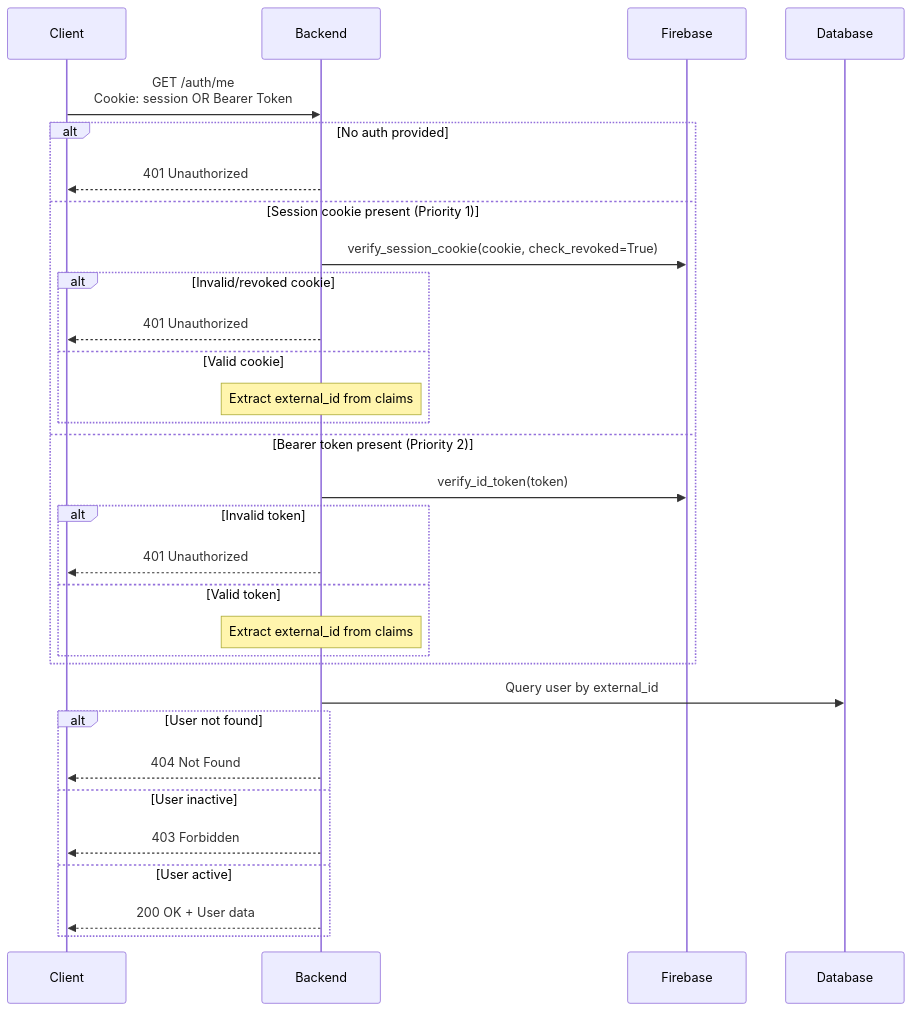
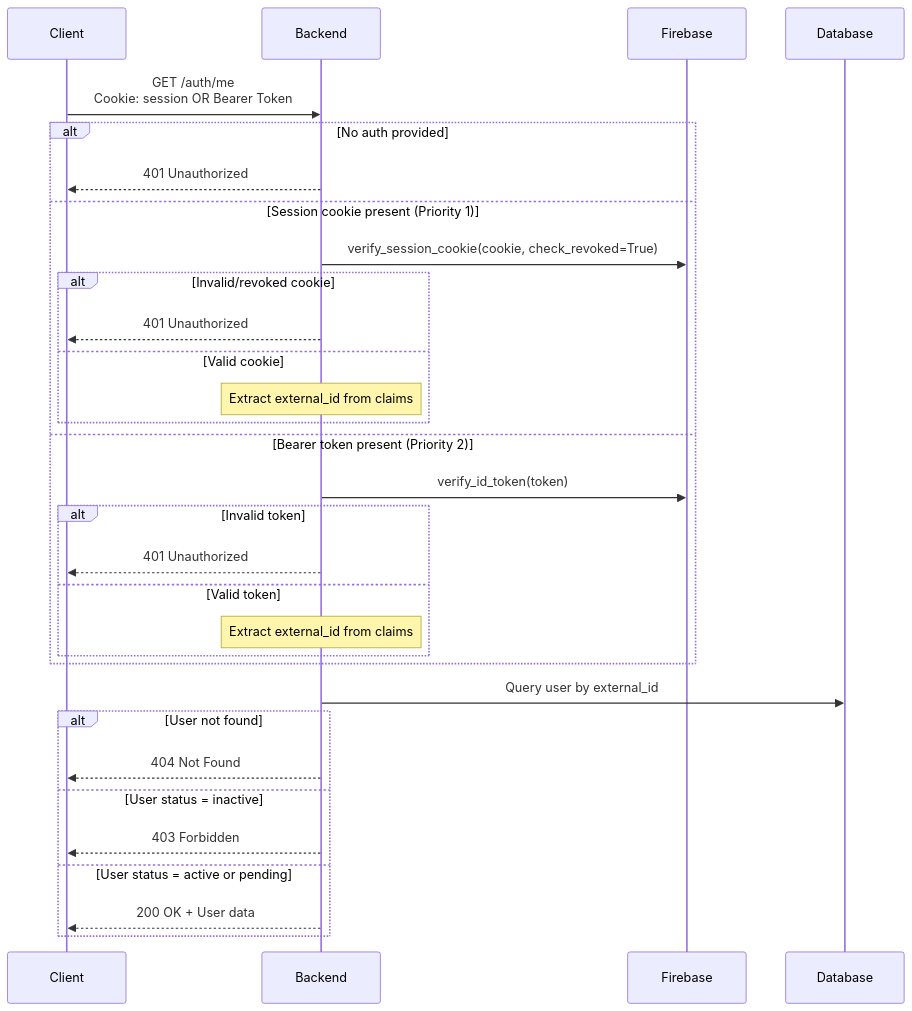
The sixth of 11 diagrams in docs/auth-flow.md (gokhantaskan/fastback), drawn with Mermaid before and after one commit. The commit also changed other lines of this file and 1 other file, not shown here.

````diff
--- a/docs/auth-flow.md
+++ b/docs/auth-flow.md
@@ -142,36 +197,36 @@
 ```mermaid
 sequenceDiagram
     participant Client
     participant Backend
     participant Firebase
     participant Database
 
     Client->>Backend: GET /auth/me<br/>Cookie: session OR Bearer Token
 
     alt No auth provided
         Backend-->>Client: 401 Unauthorized
     else Session cookie present (Priority 1)
         Backend->>Firebase: verify_session_cookie(cookie, check_revoked=True)
         alt Invalid/revoked cookie
             Backend-->>Client: 401 Unauthorized
         else Valid cookie
             Note over Backend: Extract external_id from claims
         end
     else Bearer token present (Priority 2)
         Backend->>Firebase: verify_id_token(token)
         alt Invalid token
             Backend-->>Client: 401 Unauthorized
         else Valid token
             Note over Backend: Extract external_id from claims
         end
     end
 
     Backend->>Database: Query user by external_id
     alt User not found
         Backend-->>Client: 404 Not Found
-    else User inactive
+    else User status = inactive
         Backend-->>Client: 403 Forbidden
-    else User active
+    else User status = active or pending
         Backend-->>Client: 200 OK + User data
     end
 ```
````
